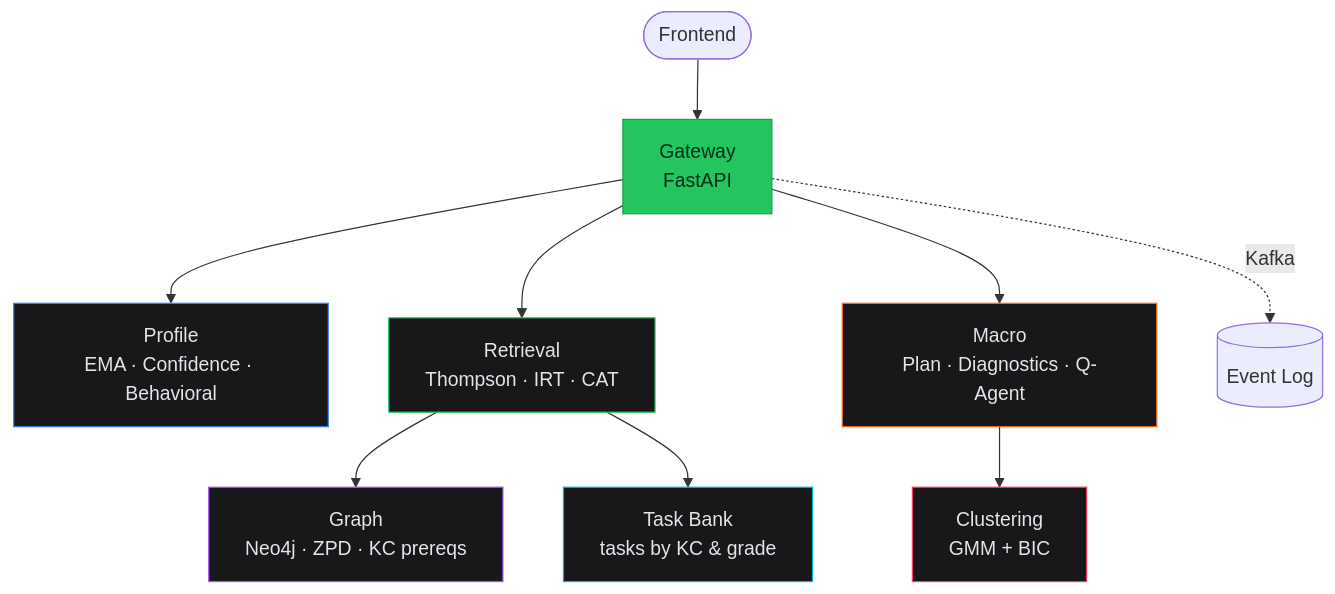
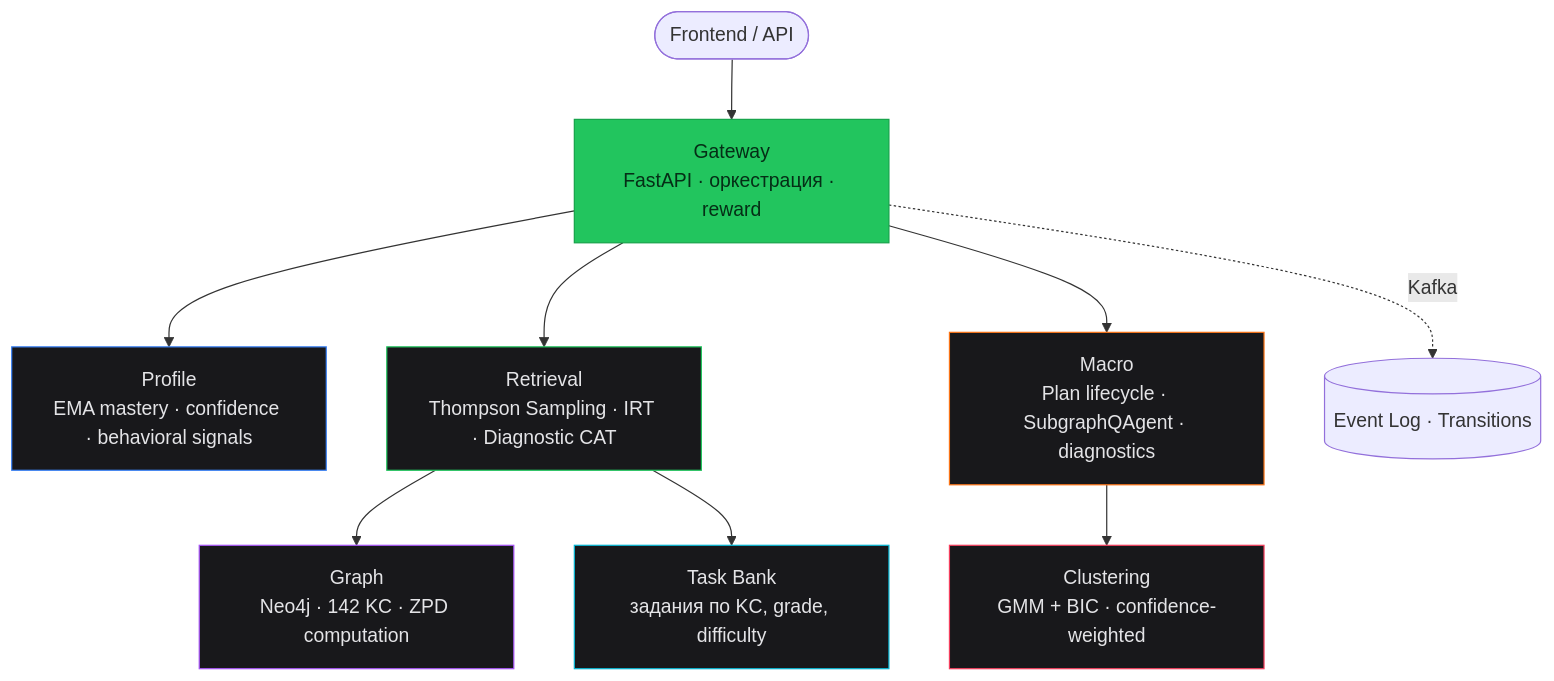
The third of 3 diagrams in README.md (Kew1710/learnity_recsys), drawn with Mermaid before and after one commit. The commit also changed other lines of this file and 16 other files, not shown here.

````diff
--- a/README.md
+++ b/README.md
@@ -196,19 +262,19 @@
 ```mermaid
 graph TB
-    Client([Frontend]) --> GW[Gateway<br/>FastAPI]
-    GW --> Profile[Profile<br/>EMA · Confidence · Behavioral]
-    GW --> Retrieval[Retrieval<br/>Thompson · IRT · CAT]
-    GW --> Macro[Macro<br/>Plan · Diagnostics · Q-Agent]
-    Retrieval --> Graph[Graph<br/>Neo4j · ZPD · KC prereqs]
-    Retrieval --> TaskBank[Task Bank<br/>tasks by KC & grade]
-    Macro --> Clustering[Clustering<br/>GMM + BIC]
-    GW -.->|Kafka| Events[(Event Log)]
+    Client([Frontend / API]) --> GW[Gateway<br/>FastAPI · оркестрация · reward]
+    GW --> Profile[Profile<br/>EMA mastery · confidence · behavioral signals]
+    GW --> Retrieval[Retrieval<br/>Thompson Sampling · IRT · Diagnostic CAT]
+    GW --> Macro[Macro<br/>Plan lifecycle · SubgraphQAgent · diagnostics]
+    Retrieval --> Graph[Graph<br/>Neo4j · 142 KC · ZPD computation]
+    Retrieval --> TaskBank[Task Bank<br/>задания по KC, grade, difficulty]
+    Macro --> Clustering[Clustering<br/>GMM + BIC · confidence-weighted]
+    GW -.->|Kafka| Events[(Event Log · Transitions)]
 
     style GW fill:#22c55e,stroke:#16a34a,color:#052e16
     style Profile fill:#18181b,stroke:#3b82f6,color:#e4e4e7
     style Retrieval fill:#18181b,stroke:#22c55e,color:#e4e4e7
     style Macro fill:#18181b,stroke:#f97316,color:#e4e4e7
     style Graph fill:#18181b,stroke:#a855f7,color:#e4e4e7
     style TaskBank fill:#18181b,stroke:#06b6d4,color:#e4e4e7
     style Clustering fill:#18181b,stroke:#f43f5e,color:#e4e4e7
 ```
````
